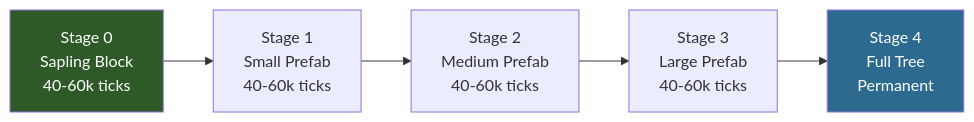
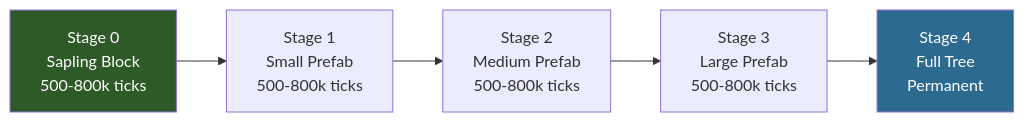
One commit to nevesb/hytale-modding-docs changed the second of 2 diagrams in src/content/docs/tutorials/intermediate/custom-trees-and-saplings.md. Above: the diagram before and after it, drawn with Mermaid. The commit also changed other lines of this file and 7 other files, not shown here.

````diff
--- a/src/content/docs/tutorials/intermediate/custom-trees-and-saplings.md
+++ b/src/content/docs/tutorials/intermediate/custom-trees-and-saplings.md
@@ -390,10 +462,10 @@
 ```mermaid
 flowchart LR;
-    A[Stage 0<br>Sapling Block<br>40-60k ticks] --> B[Stage 1<br>Small Prefab<br>40-60k ticks];
-    B --> C[Stage 2<br>Medium Prefab<br>40-60k ticks];
-    C --> D[Stage 3<br>Large Prefab<br>40-60k ticks];
+    A[Stage 0<br>Sapling Block<br>500-800k ticks] --> B[Stage 1<br>Small Prefab<br>500-800k ticks];
+    B --> C[Stage 2<br>Medium Prefab<br>500-800k ticks];
+    C --> D[Stage 3<br>Large Prefab<br>500-800k ticks];
     D --> E[Stage 4<br>Full Tree<br>Permanent];
 
     style A fill:#2d5a27,color:#fff;
     style E fill:#2d6a8f,color:#fff;
 ```
````
